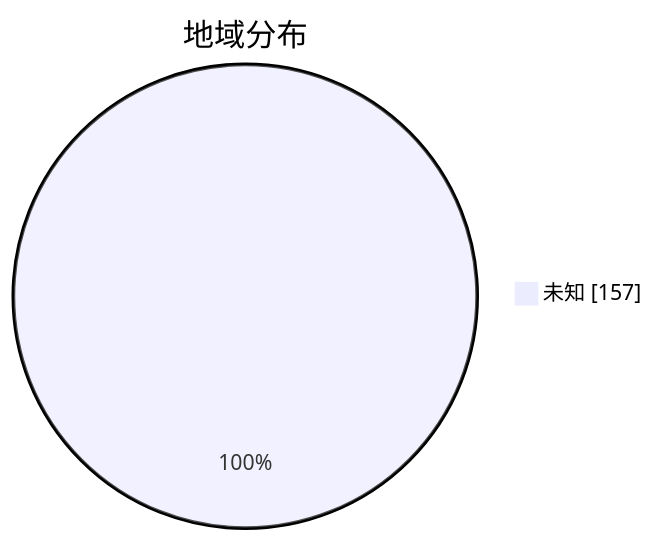
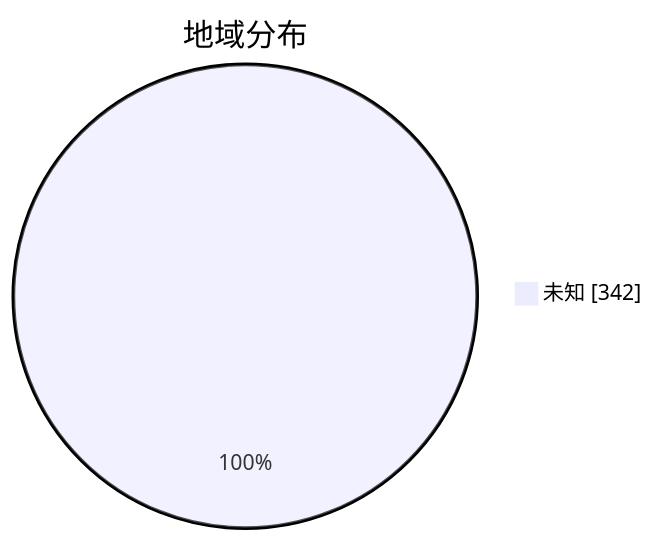
Before and after one commit to qjlxg/airport: the second of 3 diagrams in subs/statistics/tested_within.md, drawn with Mermaid. The commit also changed other lines of this file and 2 other files, not shown here.

````diff
--- a/subs/statistics/tested_within.md
+++ b/subs/statistics/tested_within.md
@@ -11,5 +13,5 @@
 ```mermaid
 pie showData
 title 地域分布
-"未知" : 157
+"未知" : 342
 ```
````
